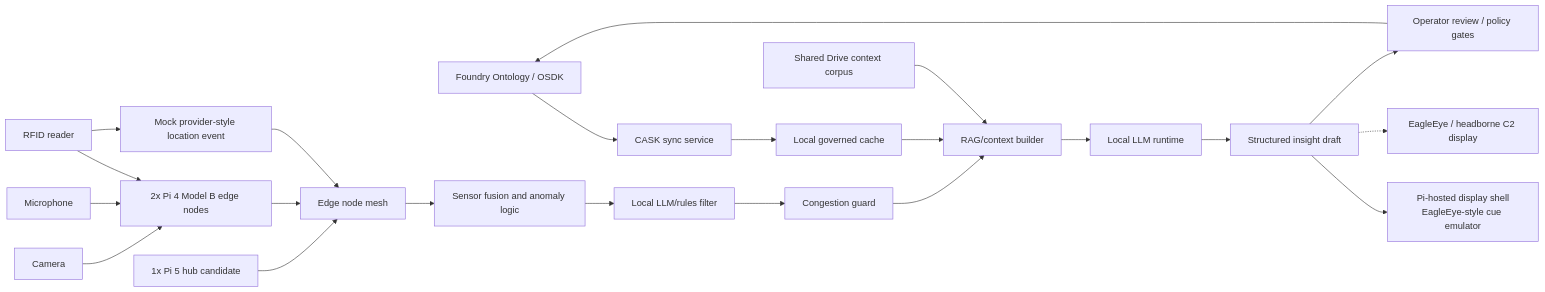
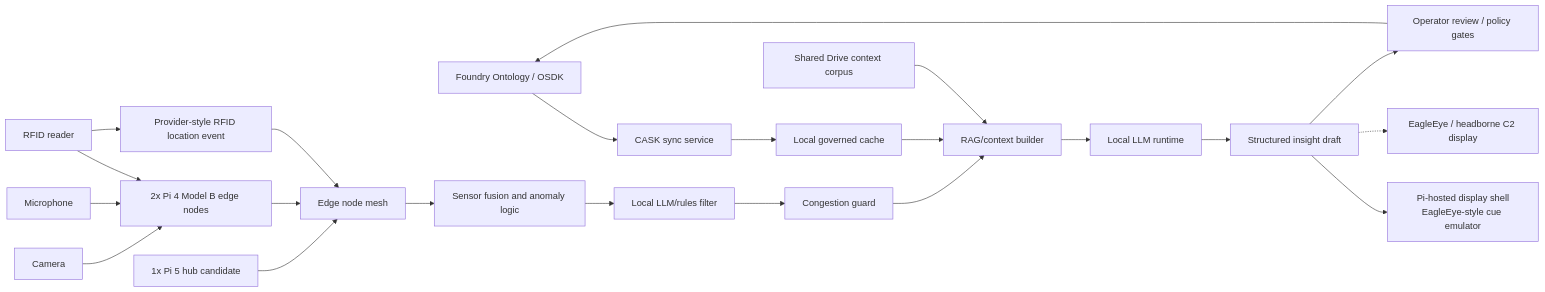
Before and after one commit to digitalnomd/altiair: the diagram in docs/cask-osdk-local-llm-brief.md, drawn with Mermaid. The commit also changed other lines of this file and 15 other files, not shown here.

````diff
--- a/docs/cask-osdk-local-llm-brief.md
+++ b/docs/cask-osdk-local-llm-brief.md
@@ -29,24 +29,24 @@
 ```mermaid
 flowchart LR
     Foundry["Foundry Ontology / OSDK"] --> Sync["CASK sync service"]
     Sync --> Cache["Local governed cache"]
     Drive["Shared Drive context corpus"] --> Context
     Camera["Camera"] --> Pi4["2x Pi 4 Model B edge nodes"]
     Mic["Microphone"] --> Pi4
     RFID["RFID reader"] --> Pi4
-    RFID --> MockLoc["Mock provider-style location event"]
+    RFID --> ProviderLoc["Provider-style RFID location event"]
     Pi4 --> Mesh["Edge node mesh"]
-    MockLoc --> Mesh
+    ProviderLoc --> Mesh
     Pi5["1x Pi 5 hub candidate"] --> Mesh
     Mesh --> Fusion["Sensor fusion and anomaly logic"]
     Fusion --> Filter["Local LLM/rules filter"]
     Filter --> Guard["Congestion guard"]
     Cache --> Context["RAG/context builder"]
     Guard --> Context
     Context --> LLM["Local LLM runtime"]
     LLM --> Insight["Structured insight draft"]
     Insight --> Chest["Pi-hosted display shell\nEagleEye-style cue emulator"]
     Insight -.-> EagleEye["EagleEye / headborne C2 display"]
     Insight --> Review["Operator review / policy gates"]
     Review --> Foundry
 ```
````
